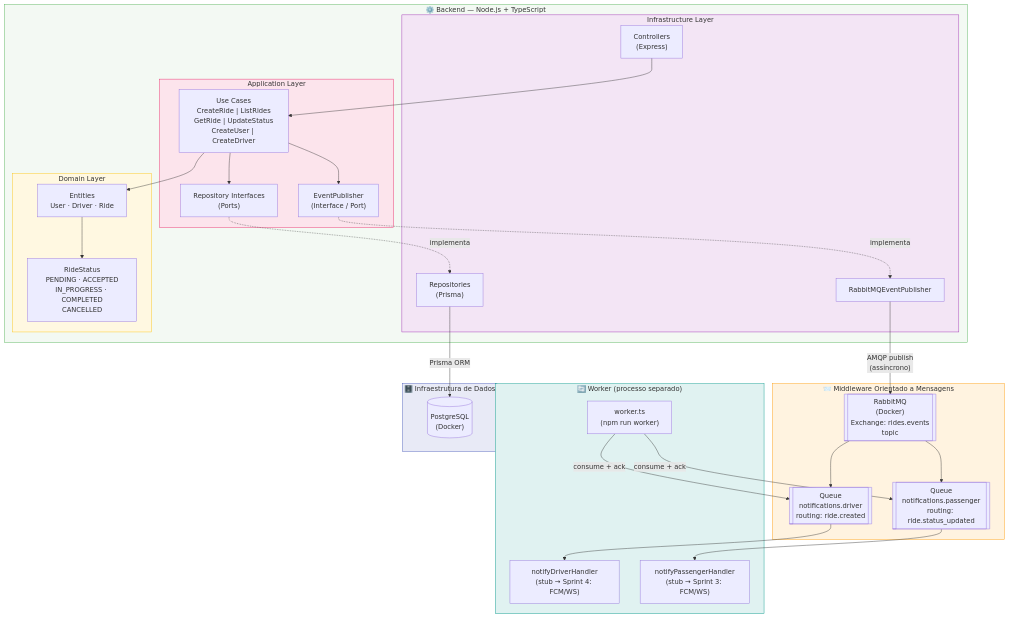
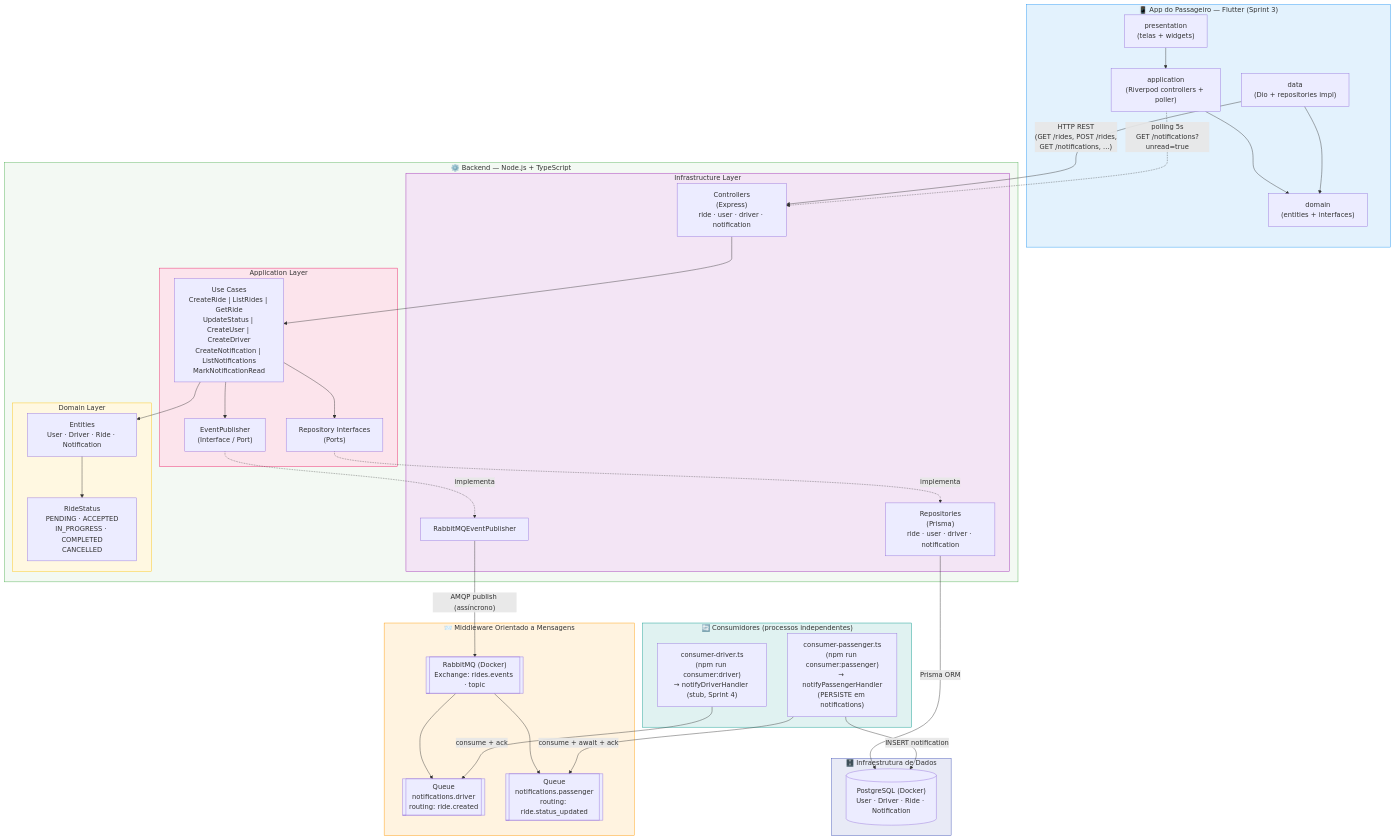
The first of 2 diagrams in architecture/diagram.md (thiagobranc0/damd-agendamento-transporte), drawn with Mermaid before and after one commit. The commit also changed other lines of this file and 1 other file, not shown here.

Commit message:
docs: sprint3 Flutter architecture diagram and updated README

````diff
--- a/architecture/diagram.md
+++ b/architecture/diagram.md
@@ -5,61 +7,73 @@
 ```mermaid
 graph TB
+    subgraph App ["📱 App do Passageiro — Flutter (Sprint 3)"]
+        Presentation["presentation\n(telas + widgets)"]
+        AppState["application\n(Riverpod controllers + poller)"]
+        AppData["data\n(Dio + repositories impl)"]
+        AppDomain["domain\n(entities + interfaces)"]
+    end
+
     subgraph Backend ["⚙️ Backend — Node.js + TypeScript"]
         subgraph Infrastructure ["Infrastructure Layer"]
-            Controllers["Controllers\n(Express)"]
-            PrismaRepos["Repositories\n(Prisma)"]
+            Controllers["Controllers\n(Express)\nride · user · driver · notification"]
+            PrismaRepos["Repositories\n(Prisma)\nride · user · driver · notification"]
             Publisher["RabbitMQEventPublisher"]
         end
         subgraph Application ["Application Layer"]
-            UseCases["Use Cases\nCreateRide | ListRides\nGetRide | UpdateStatus\nCreateUser | CreateDriver"]
+            UseCases["Use Cases\nCreateRide | ListRides | GetRide\nUpdateStatus | CreateUser | CreateDriver\nCreateNotification | ListNotifications\nMarkNotificationRead"]
             RepoInterfaces["Repository Interfaces\n(Ports)"]
             EventPublisher["EventPublisher\n(Interface / Port)"]
         end
         subgraph Domain ["Domain Layer"]
-            Entities["Entities\nUser · Driver · Ride"]
+            Entities["Entities\nUser · Driver · Ride · Notification"]
             RideStatus["RideStatus\nPENDING · ACCEPTED\nIN_PROGRESS · COMPLETED\nCANCELLED"]
         end
     end
 
     subgraph MOM ["📨 Middleware Orientado a Mensagens"]
-        RabbitMQ[["RabbitMQ\n(Docker)\nExchange: rides.events\ntopic"]]
+        RabbitMQ[["RabbitMQ (Docker)\nExchange: rides.events · topic"]]
         QueueDriver[["Queue\nnotifications.driver\nrouting: ride.created"]]
         QueuePassenger[["Queue\nnotifications.passenger\nrouting: ride.status_updated"]]
     end
 
-    subgraph Worker ["🔄 Worker (processo separado)"]
-        WorkerProc["worker.ts\n(npm run worker)"]
-        HandlerDriver["notifyDriverHandler\n(stub → Sprint 4: FCM/WS)"]
-        HandlerPassenger["notifyPassengerHandler\n(stub → Sprint 3: FCM/WS)"]
+    subgraph Consumers ["🔄 Consumidores (processos independentes)"]
+        ConsumerDriver["consumer-driver.ts\n(npm run consumer:driver)\n→ notifyDriverHandler (stub, Sprint 4)"]
+        ConsumerPassenger["consumer-passenger.ts\n(npm run consumer:passenger)\n→ notifyPassengerHandler\n(PERSISTE em notifications)"]
     end
 
     subgraph DB ["🗄️ Infraestrutura de Dados"]
-        Postgres[("PostgreSQL\n(Docker)")]
+        Postgres[("PostgreSQL (Docker)\nUser · Driver · Ride · Notification")]
     end
 
     Controllers --> UseCases
     UseCases --> RepoInterfaces
     RepoInterfaces -.->|"implementa"| PrismaRepos
     UseCases --> EventPublisher
     EventPublisher -.->|"implementa"| Publisher
     UseCases --> Entities
     Entities --> RideStatus
     PrismaRepos -- "Prisma ORM" --> Postgres
 
-    Publisher -- "AMQP publish\n(assíncrono)" --> RabbitMQ
+    Publisher -- "AMQP publish (assíncrono)" --> RabbitMQ
     RabbitMQ --> QueueDriver
     RabbitMQ --> QueuePassenger
 
-    WorkerProc -- "consume + ack" --> QueueDriver
-    WorkerProc -- "consume + ack" --> QueuePassenger
-    QueueDriver --> HandlerDriver
-    QueuePassenger --> HandlerPassenger
+    ConsumerDriver -- "consume + ack" --> QueueDriver
+    ConsumerPassenger -- "consume + await + ack" --> QueuePassenger
+    ConsumerPassenger -- "INSERT notification" --> Postgres
 
+    Presentation --> AppState
+    AppState --> AppDomain
+    AppData --> AppDomain
+    AppData -- "HTTP REST\n(GET /rides, POST /rides,\nGET /notifications, ...)" --> Controllers
+    AppState -. "polling 5s\nGET /notifications?unread=true" .-> Controllers
+
+    style App fill:#e3f2fd,stroke:#2196F3
     style Backend fill:#f3f9f3,stroke:#4CAF50
     style Domain fill:#fff8e1,stroke:#FFC107
     style Application fill:#fce4ec,stroke:#E91E63
     style Infrastructure fill:#f3e5f5,stroke:#9C27B0
     style DB fill:#e8eaf6,stroke:#3F51B5
     style MOM fill:#fff3e0,stroke:#FF9800
-    style Worker fill:#e0f2f1,stroke:#009688
+    style Consumers fill:#e0f2f1,stroke:#009688
 ```
````
